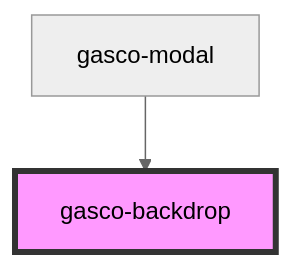
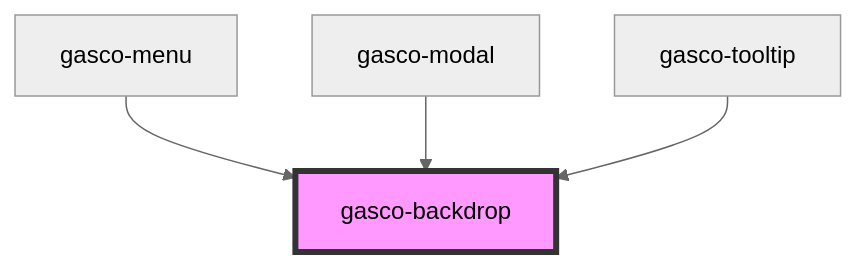
Before and after one commit to lac617a/gasco-core: the diagram in core/src/components/gasco-backdrop/readme.md, drawn with Mermaid (neutral theme). The commit also changed other lines of this file and 881 other files, not shown here.

````diff
--- a/core/src/components/gasco-backdrop/readme.md
+++ b/core/src/components/gasco-backdrop/readme.md
@@ -31,5 +33,7 @@
 ```mermaid
 graph TD;
+  gasco-menu --> gasco-backdrop
   gasco-modal --> gasco-backdrop
+  gasco-tooltip --> gasco-backdrop
   style gasco-backdrop fill:#f9f,stroke:#333,stroke-width:4px
 ```
````
